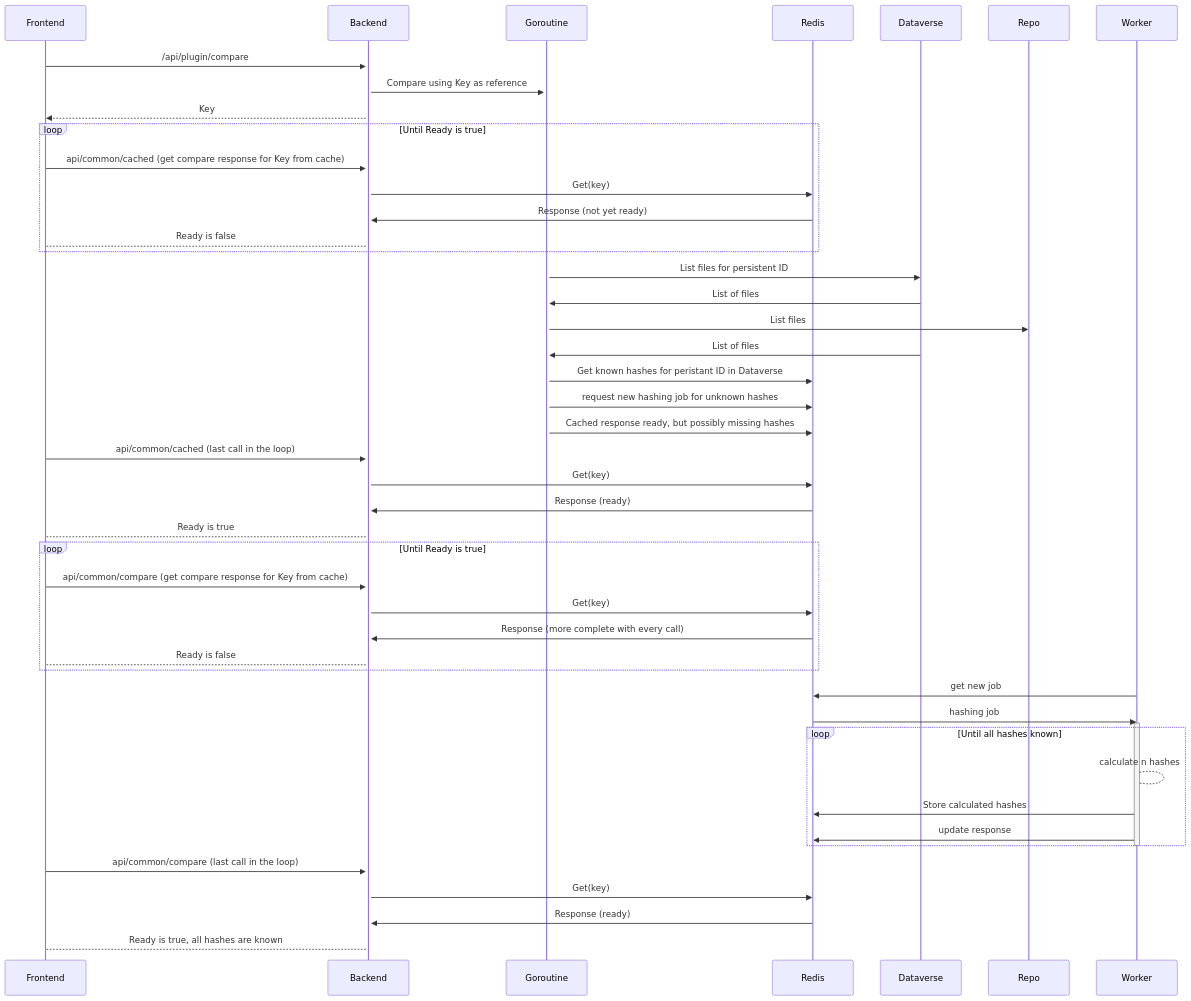
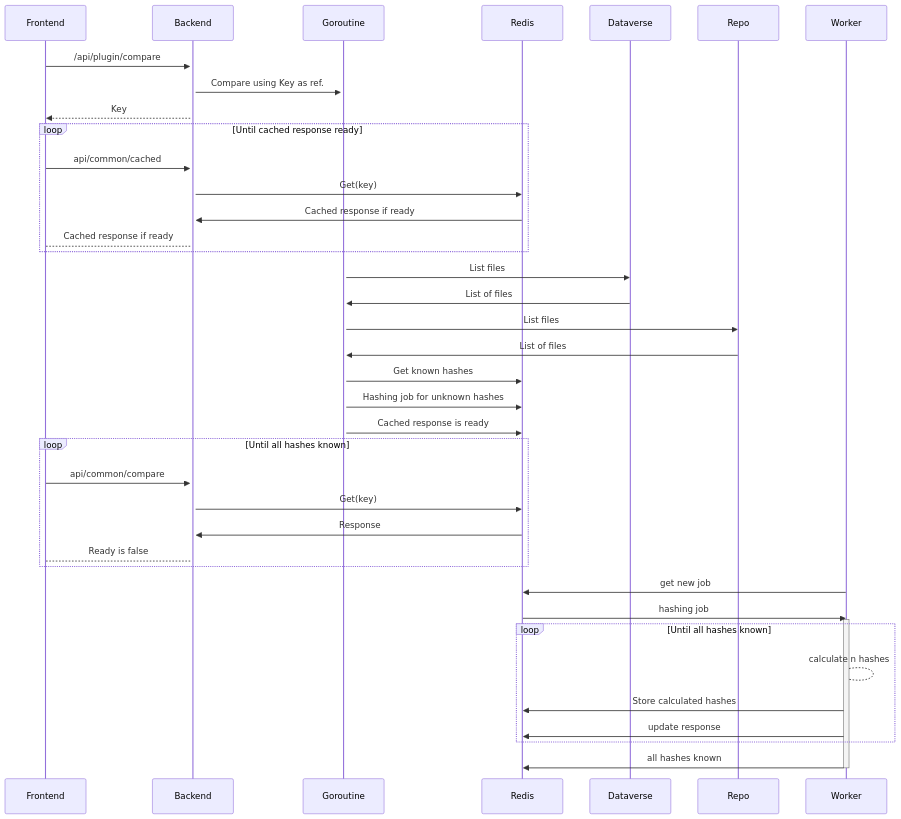
The second of 2 diagrams in README.md (libis/rdm-integration), drawn with Mermaid before and after one commit.

````diff
--- a/README.md
+++ b/README.md
@@ -47,42 +47,35 @@
 ```mermaid
 sequenceDiagram
     Frontend->>+Backend: /api/plugin/compare
-    Backend->>+Goroutine: Compare using Key as reference
+    Backend->>+Goroutine: Compare using Key as ref.
     Backend-->>Frontend: Key
-    loop Until Ready is true
-    	Frontend->>Backend: api/common/cached (get compare response for Key from cache)
+    loop Until cached response ready
+    	Frontend->>Backend: api/common/cached
 	Backend->>Redis: Get(key)
-	Redis->>Backend: Response (not yet ready)
-        Backend-->Frontend: Ready is false
+	Redis->>Backend: Cached response if ready
+        Backend-->Frontend: Cached response if ready
     end
-    Goroutine->>Dataverse: List files for persistent ID
+    Goroutine->>Dataverse: List files
     Dataverse->>Goroutine: List of files
     Goroutine->>Repo: List files
-    Dataverse->>Goroutine: List of files
-    Goroutine->>Redis: Get known hashes for peristant ID in Dataverse
-    Goroutine->>Redis: request new hashing job for unknown hashes
-    Goroutine->>Redis: Cached response ready, but possibly missing hashes
-    Frontend->>Backend: api/common/cached (last call in the loop)
-    Backend->>Redis: Get(key)
-    Redis->>Backend: Response (ready)
-    Backend-->Frontend: Ready is true
-    loop Until Ready is true
-    	Frontend->>Backend: api/common/compare (get compare response for Key from cache)
+    Repo->>Goroutine: List of files
+    Goroutine->>Redis: Get known hashes
+    Goroutine->>Redis: Hashing job for unknown hashes
+    Goroutine->>Redis: Cached response is ready
+    loop Until all hashes known
+    	Frontend->>Backend: api/common/compare
 	Backend->>Redis: Get(key)
-	Redis->>Backend: Response (more complete with every call)
+	Redis->>Backend: Response
         Backend-->Frontend: Ready is false
     end
     Worker->>Redis: get new job
     Redis->>Worker: hashing job
     activate Worker
     loop Until all hashes known
     	Worker-->Worker: calculate n hashes
 	Worker->>Redis: Store calculated hashes
 	Worker->>Redis: update response
     end
+    Worker->>Redis: all hashes known
     deactivate Worker
-    Frontend->>Backend: api/common/compare (last call in the loop)
-    Backend->>Redis: Get(key)
-    Redis->>Backend: Response (ready)
-    Backend-->Frontend: Ready is true, all hashes are known
 ```
````
